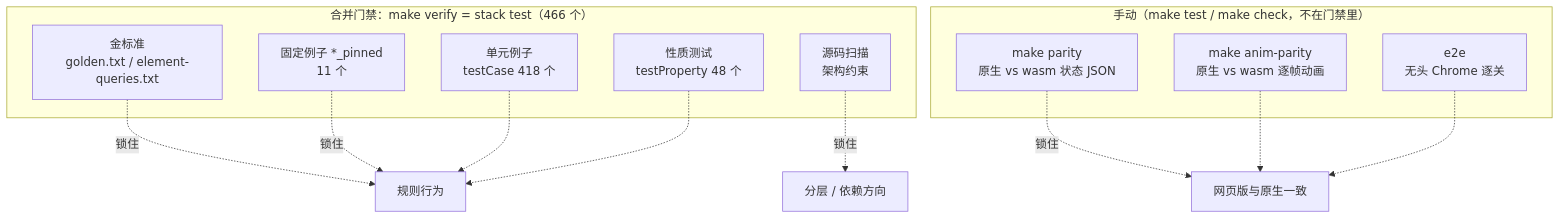
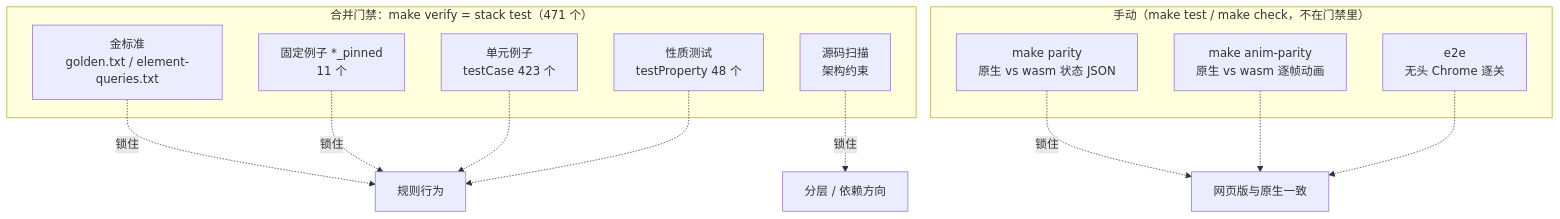
Before and after one commit to exsabersac/match3: the diagram in docs/guide/07-测试体系.md, drawn with Mermaid. The commit also changed other lines of this file and 13 other files, not shown here.

````diff
--- a/docs/guide/07-测试体系.md
+++ b/docs/guide/07-测试体系.md
@@ -8,23 +8,23 @@
 ```mermaid
 flowchart TB
-  subgraph gate["合并门禁：make verify = stack test（466 个）"]
-    U["单元例子<br/>testCase 418 个"]
+  subgraph gate["合并门禁：make verify = stack test（471 个）"]
+    U["单元例子<br/>testCase 423 个"]
     P["性质测试<br/>testProperty 48 个"]
     G["金标准<br/>golden.txt / element-queries.txt"]
     PN["固定例子 *_pinned<br/>11 个"]
     S["源码扫描<br/>架构约束"]
   end
   subgraph manual["手动（make test / make check，不在门禁里）"]
     PA["make parity<br/>原生 vs wasm 状态 JSON"]
     AP["make anim-parity<br/>原生 vs wasm 逐帧动画"]
     E2E["e2e<br/>无头 Chrome 逐关"]
   end
   G -.锁住.-> R["规则行为"]
   PN -.锁住.-> R
   U -.-> R
   P -.-> R
   S -.锁住.-> A["分层 / 依赖方向"]
   PA -.锁住.-> W["网页版与原生一致"]
   AP -.-> W
   E2E -.-> W
 ```
````
